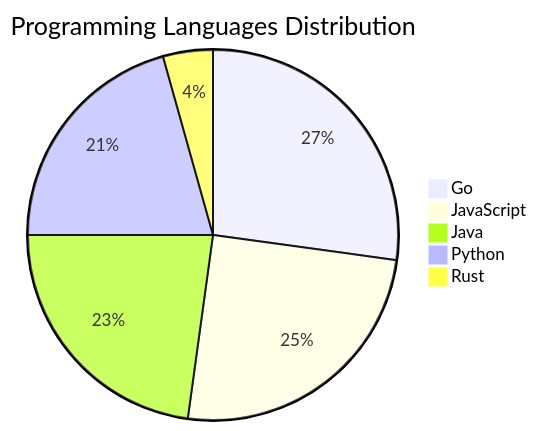
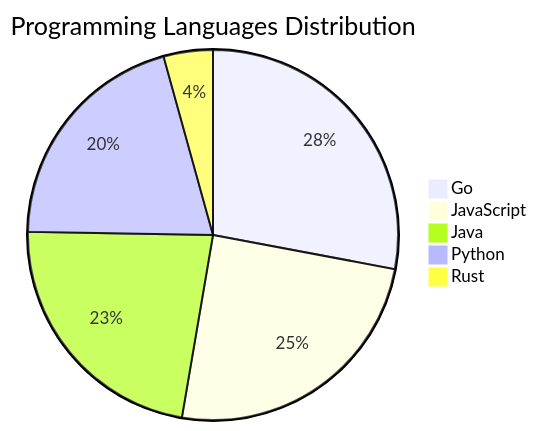
One commit to Derrick-MUGISHA/github-activity-bot changed the diagram in README.md. Above: the diagram before and after it, drawn with Mermaid. The commit also changed other lines of this file and 3 other files, not shown here.

````diff
--- a/README.md
+++ b/README.md
@@ -69,8 +69,8 @@
 ```mermaid
 pie title Programming Languages Distribution
-    "Go" : 25
+    "Go" : 26
     "JavaScript" : 23
     "Java" : 21
     "Python" : 19
     "Rust" : 4
 ```
````
